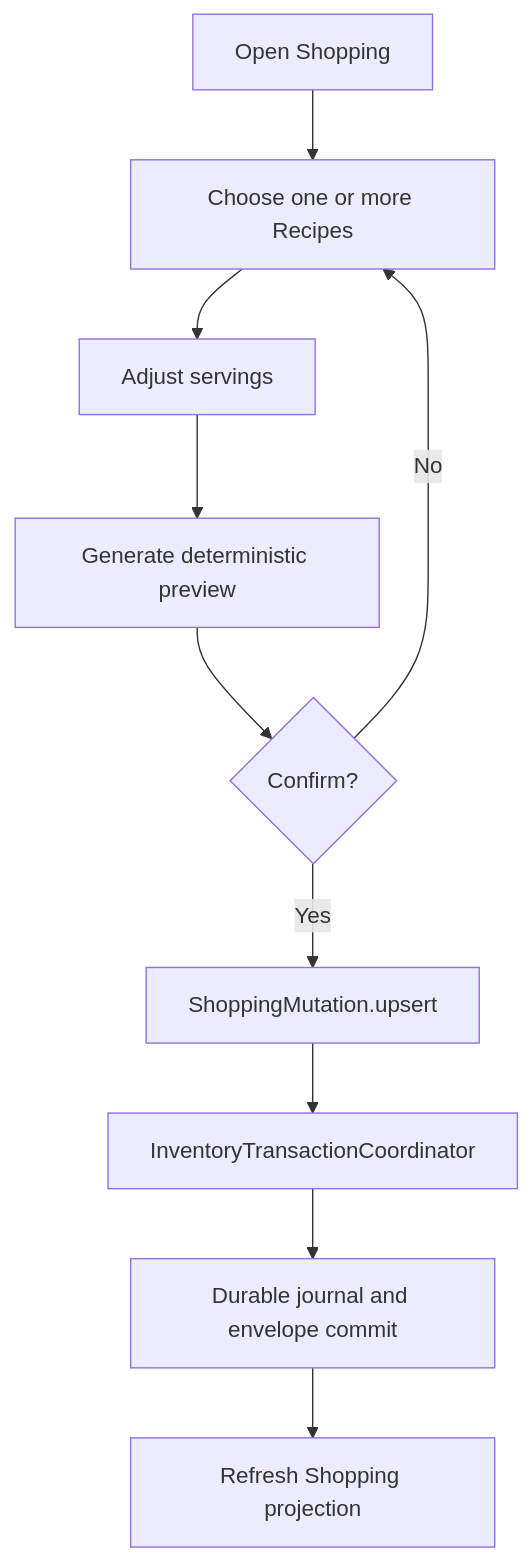
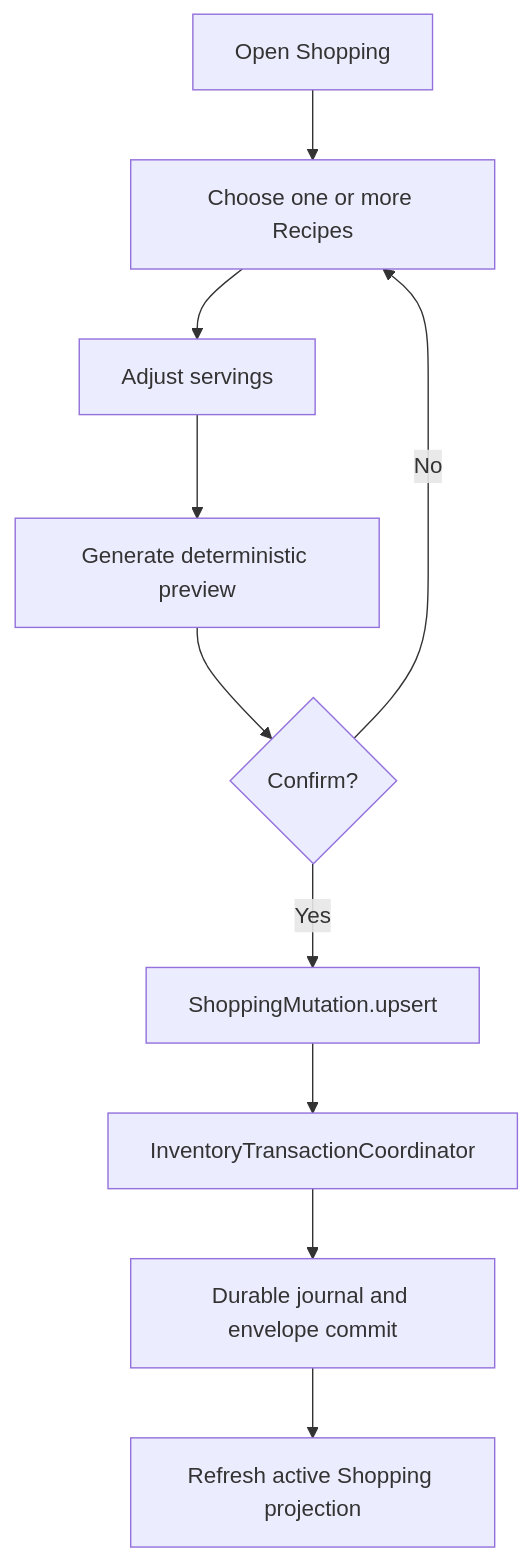
The first of 2 diagrams in docs/12_SHOPPING_UI.md (kobv99/KinRaiDee), drawn with Mermaid before and after one commit. The commit also changed other lines of this file, not shown here.

Commit message:
docs(shopping): document actionable-only completion workflow

````diff
--- a/docs/12_SHOPPING_UI.md
+++ b/docs/12_SHOPPING_UI.md
@@ -34,12 +40,12 @@
 ```mermaid
 flowchart TD
     A["Open Shopping"] --> B["Choose one or more Recipes"]
     B --> C["Adjust servings"]
     C --> D["Generate deterministic preview"]
     D --> E{"Confirm?"}
     E -- "No" --> B
     E -- "Yes" --> F["ShoppingMutation.upsert"]
     F --> G["InventoryTransactionCoordinator"]
     G --> H["Durable journal and envelope commit"]
-    H --> I["Refresh Shopping projection"]
+    H --> I["Refresh active Shopping projection"]
 ```
````
